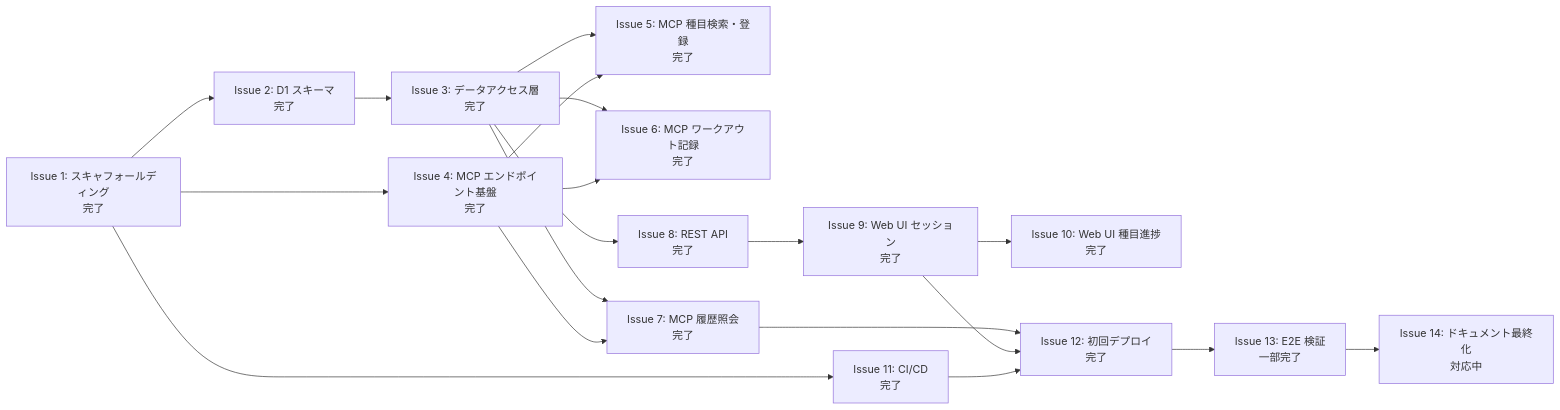
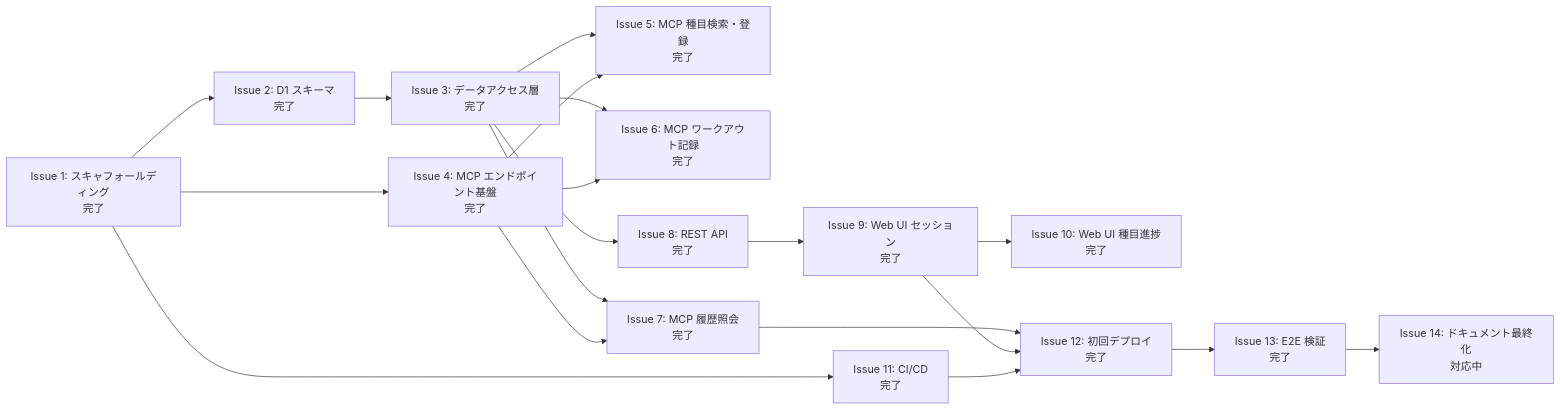
Before and after one commit to japan4415/training-logger: the diagram in docs/roadmap.md, drawn with Mermaid. The commit also changed other lines of this file and 9 other files, not shown here.

````diff
--- a/docs/roadmap.md
+++ b/docs/roadmap.md
@@ -17,36 +36,36 @@
 ```mermaid
 graph LR
     I1[Issue 1: スキャフォールディング<br/>完了]
     I2[Issue 2: D1 スキーマ<br/>完了]
     I3[Issue 3: データアクセス層<br/>完了]
     I4[Issue 4: MCP エンドポイント基盤<br/>完了]
     I5[Issue 5: MCP 種目検索・登録<br/>完了]
     I6[Issue 6: MCP ワークアウト記録<br/>完了]
     I7[Issue 7: MCP 履歴照会<br/>完了]
     I8[Issue 8: REST API<br/>完了]
     I9[Issue 9: Web UI セッション<br/>完了]
     I10[Issue 10: Web UI 種目進捗<br/>完了]
     I11[Issue 11: CI/CD<br/>完了]
     I12[Issue 12: 初回デプロイ<br/>完了]
-    I13[Issue 13: E2E 検証<br/>一部完了]
+    I13[Issue 13: E2E 検証<br/>完了]
     I14[Issue 14: ドキュメント最終化<br/>対応中]
 
     I1 --> I2
     I1 --> I4
     I1 --> I11
     I2 --> I3
     I3 --> I5
     I3 --> I6
     I3 --> I7
     I3 --> I8
     I4 --> I5
     I4 --> I6
     I4 --> I7
     I8 --> I9
     I9 --> I10
     I7 --> I12
     I9 --> I12
     I11 --> I12
     I12 --> I13
     I13 --> I14
 ```
````
